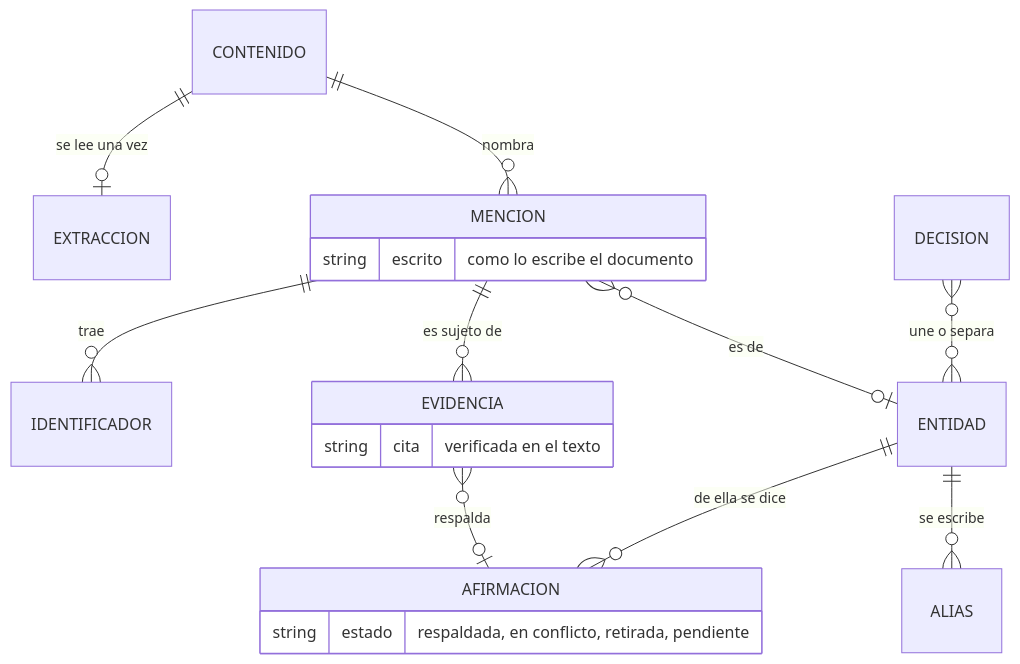
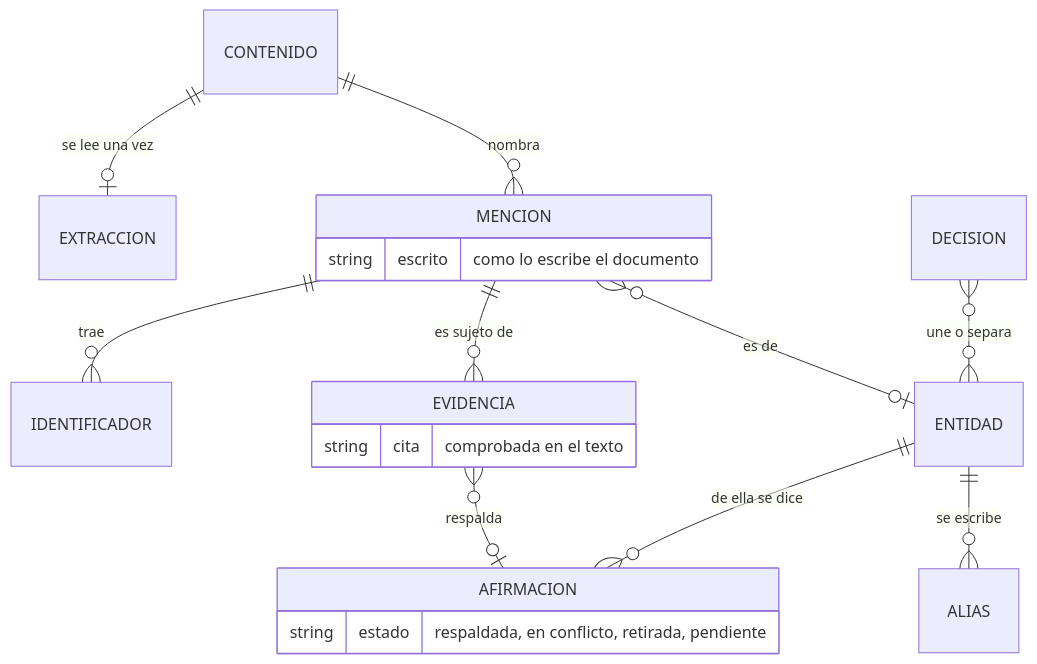
Before and after one commit to Micelya/llm_wiki: the diagram in docs/design/conocimiento-propuesta.md, drawn with Mermaid. The commit also changed other lines of this file and 4 other files, not shown here.

````diff
--- a/docs/design/conocimiento-propuesta.md
+++ b/docs/design/conocimiento-propuesta.md
@@ -44,16 +44,16 @@
 ```mermaid
 erDiagram
     CONTENIDO ||--o| EXTRACCION : "se lee una vez"
     CONTENIDO ||--o{ MENCION : nombra
     MENCION ||--o{ IDENTIFICADOR : "trae"
     MENCION }o--o| ENTIDAD : "es de"
     ENTIDAD ||--o{ ALIAS : "se escribe"
     MENCION ||--o{ EVIDENCIA : "es sujeto de"
     EVIDENCIA }o--o| AFIRMACION : respalda
     ENTIDAD ||--o{ AFIRMACION : "de ella se dice"
     DECISION }o--o{ ENTIDAD : "une o separa"
 
     MENCION { string escrito "como lo escribe el documento" }
-    EVIDENCIA { string cita "verificada en el texto" }
+    EVIDENCIA { string cita "comprobada en el texto" }
     AFIRMACION { string estado "respaldada, en conflicto, retirada, pendiente" }
 ```
````
